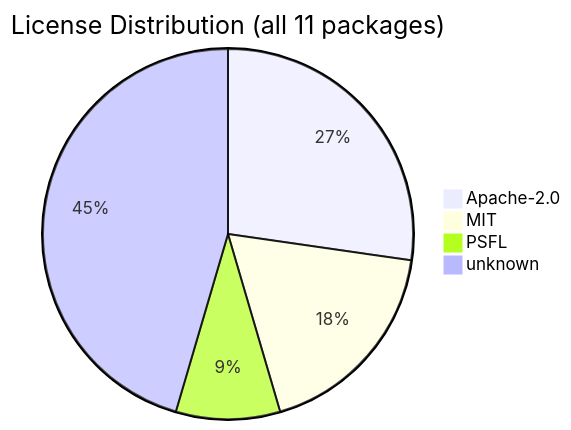
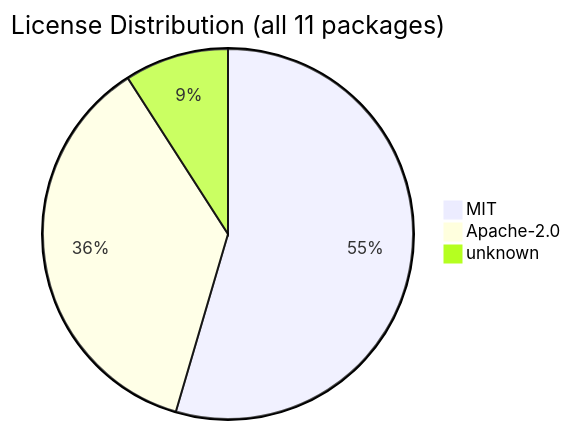
Before and after one commit to svenroth-ai/shipwright: the diagram in .shipwright/compliance/sbom.md, drawn with Mermaid. The commit also changed other lines of this file and 43 other files, not shown here.

````diff
--- a/.shipwright/compliance/sbom.md
+++ b/.shipwright/compliance/sbom.md
@@ -18,7 +18,6 @@
 ```mermaid
 pie title License Distribution (all 11 packages)
-    "Apache-2.0" : 3
-    "MIT" : 2
-    "PSFL" : 1
-    "unknown" : 5
+    "MIT" : 6
+    "Apache-2.0" : 4
+    "unknown" : 1
 ```
````
